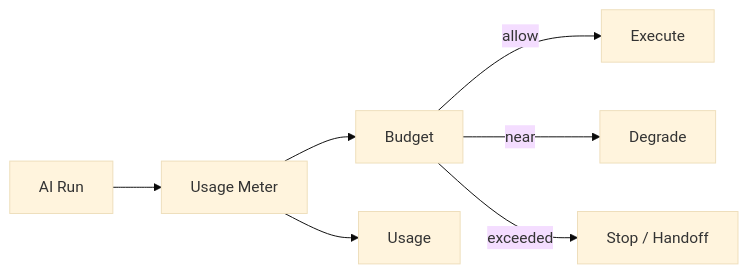
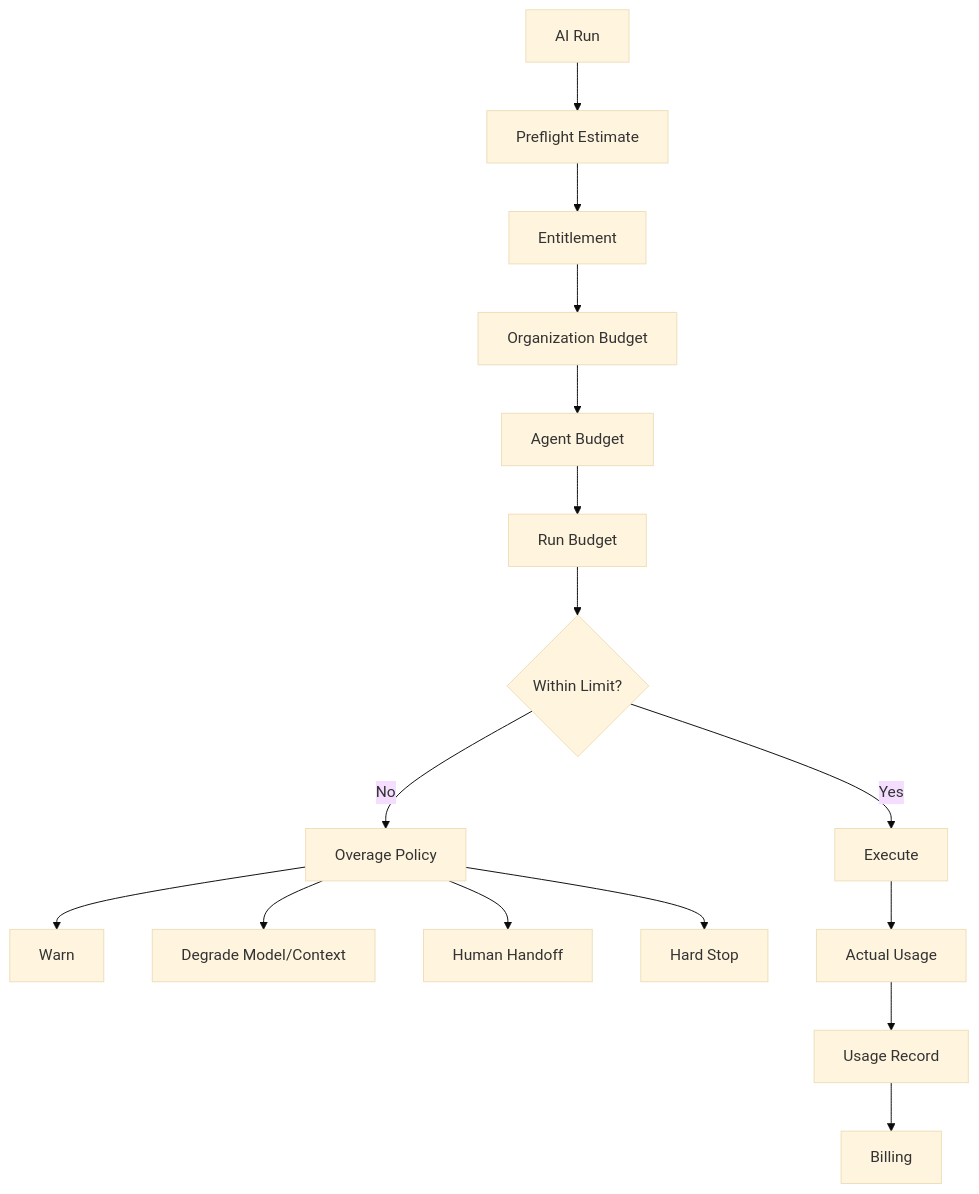
The second of 2 diagrams in docs/ai/cost-control.md (D-engahmed/OMILINKS), drawn with Mermaid (base theme) before and after one commit. The commit also changed other lines of this file and 2 other files, not shown here.

````diff
--- a/docs/ai/cost-control.md
+++ b/docs/ai/cost-control.md
@@ -13,9 +85,18 @@
 ```mermaid
-flowchart LR
-RUN[AI Run] --> METER[Usage Meter]
-METER --> BUDGET[Budget]
-BUDGET -->|allow| EXEC[Execute]
-BUDGET -->|near| DEG[Degrade]
-BUDGET -->|exceeded| STOP[Stop / Handoff]
-METER --> BILL[Usage]
+flowchart TD
+RUN[AI Run] --> PRE[Preflight Estimate]
+PRE --> ENT[Entitlement]
+ENT --> ORG[Organization Budget]
+ORG --> AGENT[Agent Budget]
+AGENT --> RUNB[Run Budget]
+RUNB --> DEC{Within Limit?}
+DEC -->|Yes| EXEC[Execute]
+DEC -->|No| POLICY[Overage Policy]
+POLICY --> WARN[Warn]
+POLICY --> DEG[Degrade Model/Context]
+POLICY --> HANDOFF[Human Handoff]
+POLICY --> STOP[Hard Stop]
+EXEC --> ACTUAL[Actual Usage]
+ACTUAL --> METER[Usage Record]
+METER --> BILL[Billing]
 ```
````
